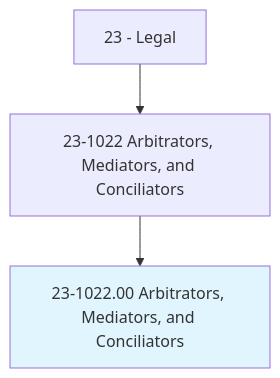
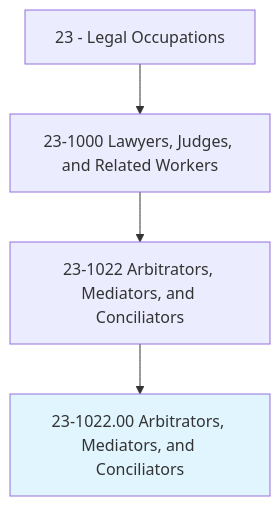
The first of 4 diagrams in occupations/Legal/ArbitratorsMediatorsAndConciliators.mdx (kziemski/business.org.ai), drawn with Mermaid before and after one commit. The commit also changed other lines of this file and 938 other files, not shown here.

````diff
--- a/occupations/Legal/ArbitratorsMediatorsAndConciliators.mdx
+++ b/occupations/Legal/ArbitratorsMediatorsAndConciliators.mdx
@@ -19,6 +23,7 @@
 ```mermaid
 graph TD
-    Cat23["23 - Legal"] --> Group231022["23-1022 Arbitrators, Mediators, and Conciliators"]
-    Group231022 --> Current["23-1022.00 Arbitrators, Mediators, and Conciliators"]
+    Cat23["23 - Legal Occupations"] --> Group231["23-1000 Lawyers, Judges, and Related Workers"]
+    Group231 --> Base1022["23-1022 Arbitrators, Mediators, and Conciliators"]
+    Base1022 --> Current["23-1022.00 Arbitrators, Mediators, and Conciliators"]
     style Current fill:#e1f5fe
 ```
````
